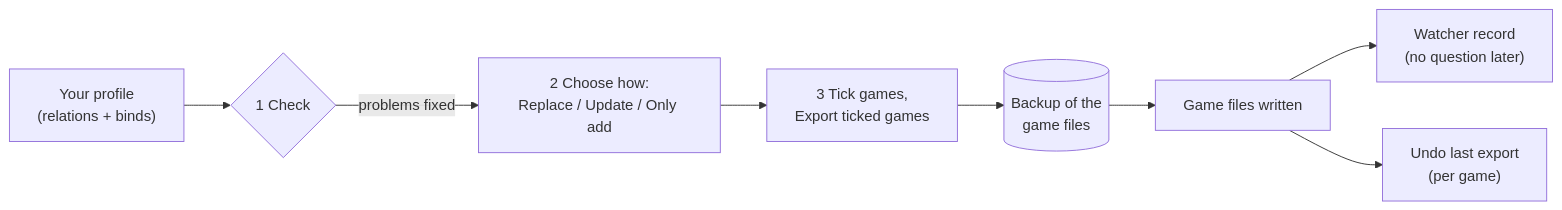
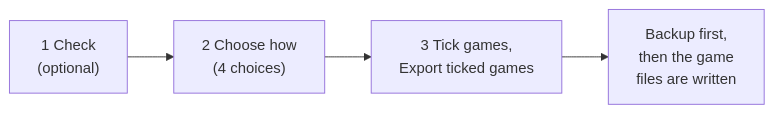
Before and after one commit to Holdi601/JoystickProfiler2: the diagram in website/content/flows/export.md, drawn with Mermaid. The commit also changed other lines of this file and 718 other files, not shown here.

````diff
--- a/website/content/flows/export.md
+++ b/website/content/flows/export.md
@@ -14,10 +14,7 @@
 ```mermaid
+%% caption: Step 1 only looks; it never stops the export. Undo last export on a game's card puts its files back. Xbox-only games get nothing written: they use Start on the Virtual Joystick page.
 flowchart LR
-  P["Your profile<br/>(relations + binds)"] --> C{"1 Check"}
-  C -->|problems fixed| M["2 Choose how:<br/>Replace / Update / Only add"]
+  C["1 Check<br/>(optional)"] --> M["2 Choose how<br/>(4 choices)"]
   M --> G["3 Tick games,<br/>Export ticked games"]
-  G --> B[("Backup of the<br/>game files")]
-  B --> W["Game files written"]
-  W --> R["Watcher record<br/>(no question later)"]
-  W --> U["Undo last export<br/>(per game)"]
+  G --> W["Backup first,<br/>then the game<br/>files are written"]
 ```
````
